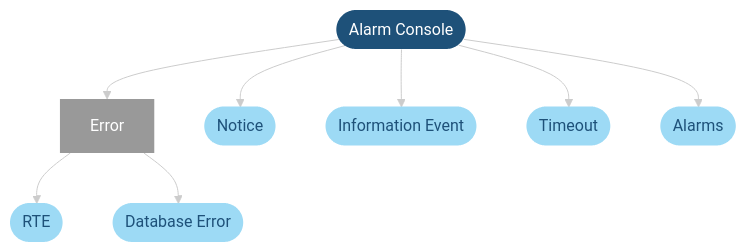
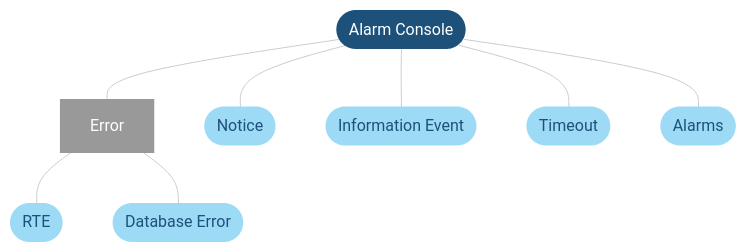
One commit to SkylineCommunications/dataminer-docs changed the diagram in user-guide/Troubleshooting/Troubleshooting_Flowcharts/Troubleshooting_Identify_Per_Module/Alarm_Console/Troubleshooting_Alarm_Console.md. Above: the diagram before and after it, drawn with Mermaid (neutral theme). The commit also changed other lines of this file, not shown here.

Commit message:
Alarm Console

```diff
--- a/user-guide/Troubleshooting/Troubleshooting_Flowcharts/Troubleshooting_Identify_Per_Module/Alarm_Console/Troubleshooting_Alarm_Console.md
+++ b/user-guide/Troubleshooting/Troubleshooting_Flowcharts/Troubleshooting_Identify_Per_Module/Alarm_Console/Troubleshooting_Alarm_Console.md
@@ -12,33 +12,34 @@
 <div class="mermaid">
 flowchart TD
     %% Define styles %%
     linkStyle default stroke:#cccccc
     classDef classTerminal fill:#1e5179,stroke:#1e5179,color:#ffffff,stroke-width:0px;
     classDef classDecision fill:#4baeea,stroke:#4baeea,color:#ffffff,stroke-width:0px;
     classDef classExternalRef fill:#9ddaf5,stroke:#9ddaf5,color:#1E5179,stroke-width:0px;
     classDef classActionClickable fill:#999999,stroke:#999999,color:#ffffff,stroke-width:0px;
     classDef classAction fill:#dddddd,stroke:#dddddd,color:#1E5179,stroke-width:0px;
     classDef classSolution fill:#58595b,stroke:#58595b,color:#ffffff,stroke-width:0px;
     %% Define blocks %%
     START([Alarm Console])
     Error[Error]
     Rte([RTE])
     dberror([Database Error])
     Notice([Notice])
     InfoEvent([Information Event])
     TimeOut([Timeout])
     Alarms([Alarms])
     %% Connect blocks %%
-    START --> Error
-    Error --> Rte
-    Error --> dberror
-    START --> Notice
-    START --> InfoEvent
-    START --> TimeOut
-    START --> Alarms
+    START --- Error
+    Error --- Rte
+    Error --- dberror
+    START --- Notice
+    START --- InfoEvent
+    START --- TimeOut
+    START --- Alarms
     %% Define hyperlinks %%
+    click Rte "https://docs.dataminer.services/user-guide/Troubleshooting/Troubleshooting_Flowcharts/Troubleshooting_Identify_Per_Module/Alarm_Console/Troubleshooting_Run_Time_Errors.html"
     %% Apply styles to blocks %%
     class START classTerminal;
     class Rte,dberror,Notice,InfoEvent,TimeOut,Alarms classExternalRef;
     class Error classActionClickable;
 </div>
```
